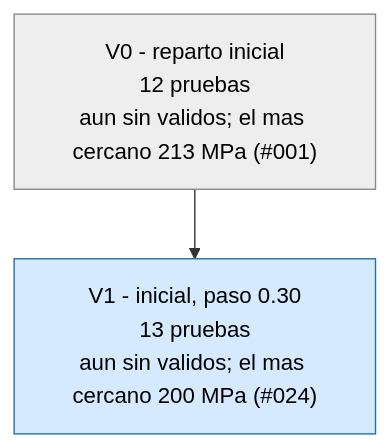
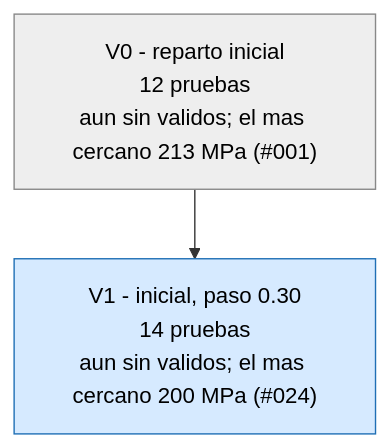
One commit to Hugiko/msd-soporte-optimizacion changed the first of 3 diagrams in runs/opt_37800N/ARBOL.md. Above: the diagram before and after it, drawn with Mermaid. The commit also changed 14 other files, not shown here.

````diff
--- a/runs/opt_37800N/ARBOL.md
+++ b/runs/opt_37800N/ARBOL.md
@@ -9,9 +9,9 @@
 ```mermaid
 graph TD
 classDef activa fill:#d6eaff,stroke:#1f6fb5,color:#000
 classDef fin fill:#eeeeee,stroke:#888,color:#000
 classDef mejor fill:#c8f0c0,stroke:#1a9850,stroke-width:4px,color:#000
 V0["V0 - reparto inicial<br/>12 pruebas<br/>aun sin validos; el mas cercano 213 MPa (#001)"]:::fin
-V1["V1 - inicial, paso 0.30<br/>13 pruebas<br/>aun sin validos; el mas cercano 200 MPa (#024)"]:::activa
+V1["V1 - inicial, paso 0.30<br/>14 pruebas<br/>aun sin validos; el mas cercano 200 MPa (#024)"]:::activa
 V0 --> V1
 ```
````
